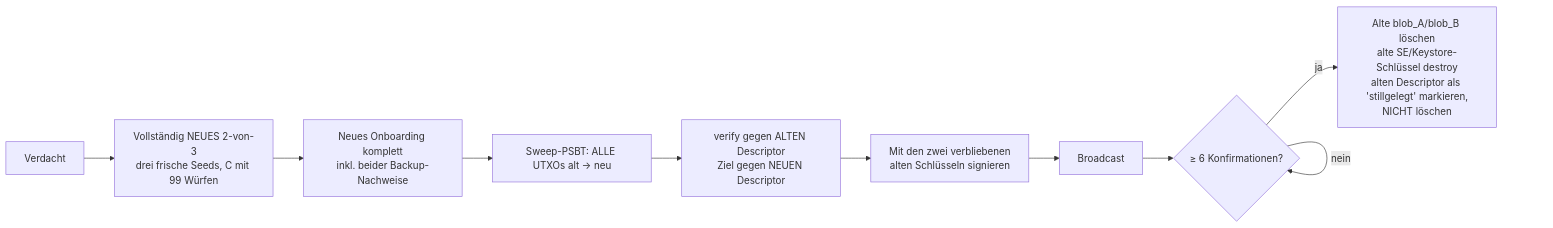
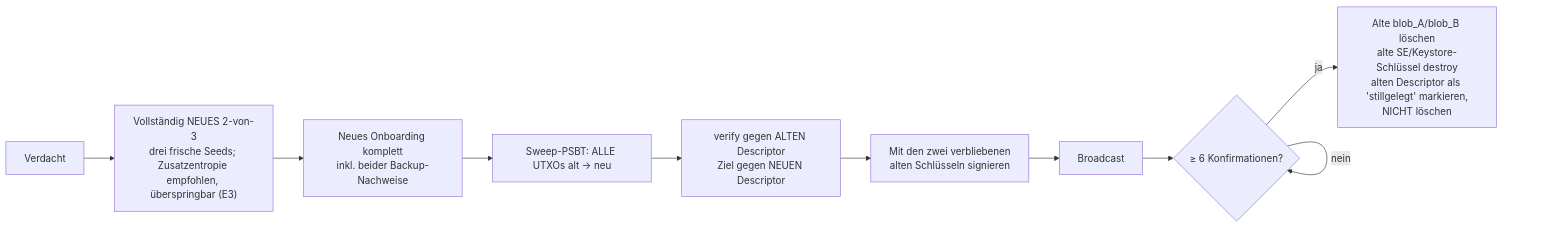
Before and after one commit to joshuakrueger-dfx/Bitcoin-Trinity: the eighth of 9 diagrams in docs/SPECIFICATION.md, drawn with Mermaid. The commit also changed other lines of this file and 11 other files, not shown here.

````diff
--- a/docs/SPECIFICATION.md
+++ b/docs/SPECIFICATION.md
@@ -1862,12 +1876,12 @@
 ```mermaid
 flowchart LR
-    C0["Verdacht"] --> C1["Vollständig NEUES 2-von-3<br/>drei frische Seeds, C mit 99 Würfen"]
+    C0["Verdacht"] --> C1["Vollständig NEUES 2-von-3<br/>drei frische Seeds; Zusatzentropie empfohlen, überspringbar (E3)"]
     C1 --> C2["Neues Onboarding komplett<br/>inkl. beider Backup-Nachweise"]
     C2 --> C3["Sweep-PSBT: ALLE UTXOs alt → neu"]
     C3 --> C4["verify gegen ALTEN Descriptor<br/>Ziel gegen NEUEN Descriptor"]
     C4 --> C5["Mit den zwei verbliebenen<br/>alten Schlüsseln signieren"]
     C5 --> C6["Broadcast"]
     C6 --> C7{"≥ 6 Konfirmationen?"}
     C7 -->|"nein"| C7
     C7 -->|"ja"| C8["Alte blob_A/blob_B löschen<br/>alte SE/Keystore-Schlüssel destroy<br/>alten Descriptor als 'stillgelegt' markieren,<br/>NICHT löschen"]
 ```
````
